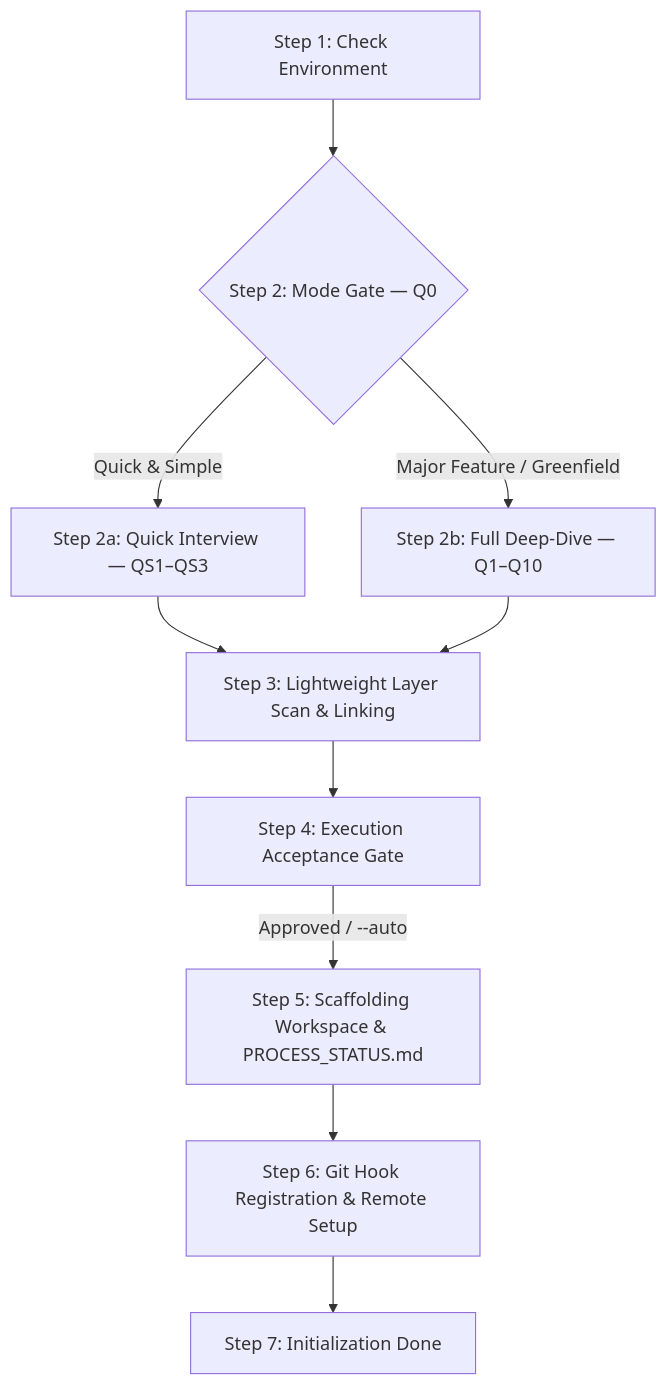
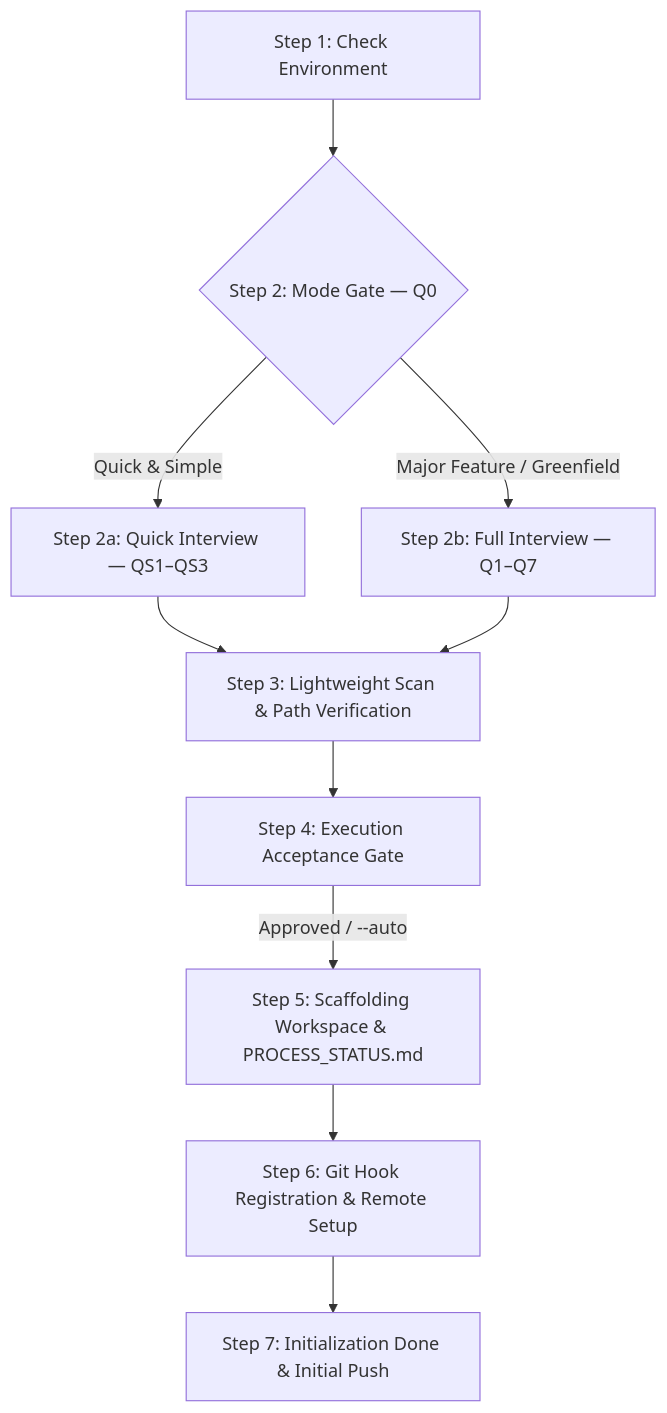
Before and after one commit to hrvthgergo/agent-driven-templates: the second of 2 diagrams in actions/init/init_action.md, drawn with Mermaid. The commit also changed other lines of this file and 14 other files, not shown here.

````diff
--- a/actions/init/init_action.md
+++ b/actions/init/init_action.md
@@ -79,12 +75,12 @@
 ```mermaid
 graph TD
     S1[Step 1: Check Environment] --> S2{Step 2: Mode Gate — Q0}
     S2 -->|Quick & Simple| S2a[Step 2a: Quick Interview — QS1–QS3]
-    S2 -->|Major Feature / Greenfield| S2b[Step 2b: Full Deep-Dive — Q1–Q10]
-    S2a --> S3[Step 3: Lightweight Layer Scan & Linking]
+    S2 -->|Major Feature / Greenfield| S2b[Step 2b: Full Interview — Q1–Q7]
+    S2a --> S3[Step 3: Lightweight Scan & Path Verification]
     S2b --> S3
     S3 --> S4[Step 4: Execution Acceptance Gate]
     S4 -->|Approved / --auto| S5[Step 5: Scaffolding Workspace & PROCESS_STATUS.md]
     S5 --> S6[Step 6: Git Hook Registration & Remote Setup]
-    S6 --> S7[Step 7: Initialization Done]
+    S6 --> S7[Step 7: Initialization Done & Initial Push]
 ```
````
